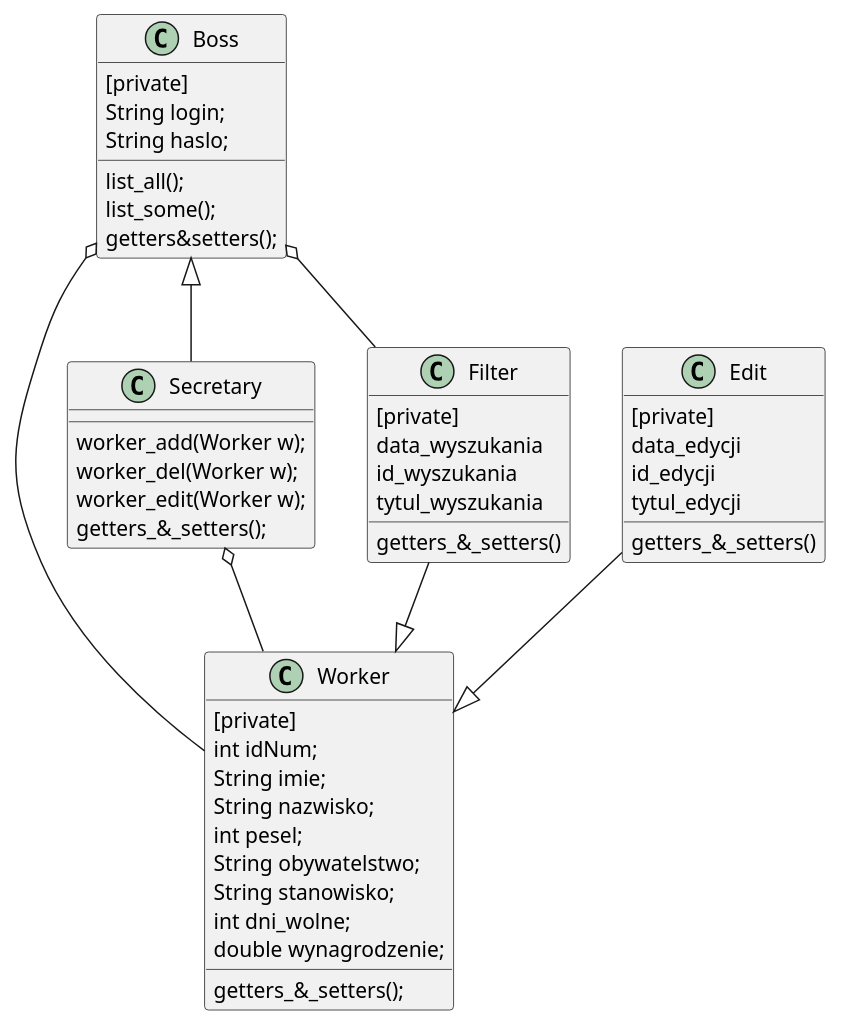
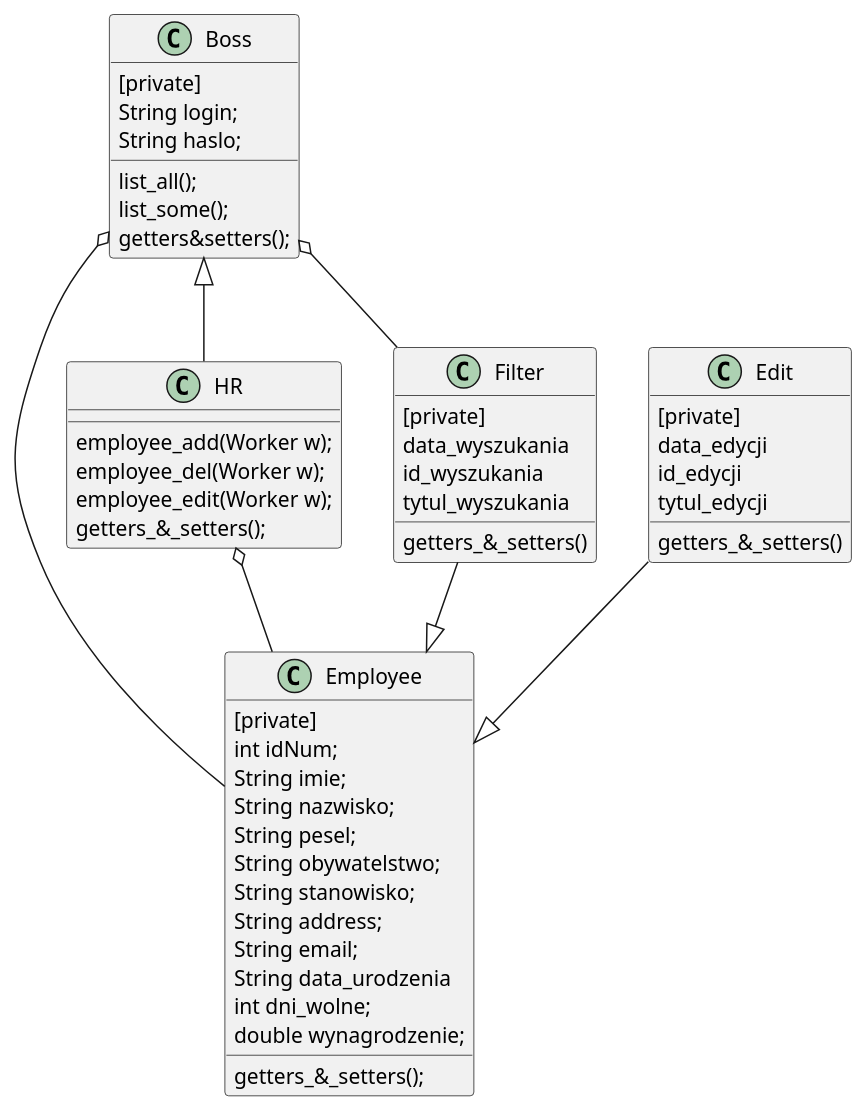
One commit to beagleman777/ProjektPO2024 changed the diagram in Klasy.puml. Above: the diagram before and after it, drawn with PlantUML. The commit also changed 5 other files, not shown here.

```diff
--- a/Klasy.puml
+++ b/Klasy.puml
@@ -1,49 +1,52 @@
 @startuml
 'https://plantuml.com/sequence-diagram
 class Boss{
     [private]
     String login;
     String haslo;
     list_all();
     list_some();
     getters&setters();
 }
-class Worker{
+class Employee{
     [private]
     int idNum;
     String imie;
     String nazwisko;
-    int pesel;
+    String pesel;
     String obywatelstwo;
     String stanowisko;
+    String address;
+    String email;
+    String data_urodzenia
     int dni_wolne;
     double wynagrodzenie;
     getters_&_setters();
 }
-class Secretary{
-    worker_add(Worker w);
-    worker_del(Worker w);
-    worker_edit(Worker w);
+class HR{
+    employee_add(Worker w);
+    employee_del(Worker w);
+    employee_edit(Worker w);
     getters_&_setters();
 }
 class Filter{
     [private]
     data_wyszukania
     id_wyszukania
     tytul_wyszukania
     getters_&_setters()
 }
 class Edit{
     [private]
     data_edycji
     id_edycji
     tytul_edycji
     getters_&_setters()
 }
-Secretary o-- Worker
-Boss <|-- Secretary
-Boss o-- Worker
+HR o-- Employee
+Boss <|-- HR
+Boss o-- Employee
 Boss o-- Filter
-Filter --|> Worker
-Edit --|> Worker
+Filter --|> Employee
+Edit --|> Employee
 @enduml
```
